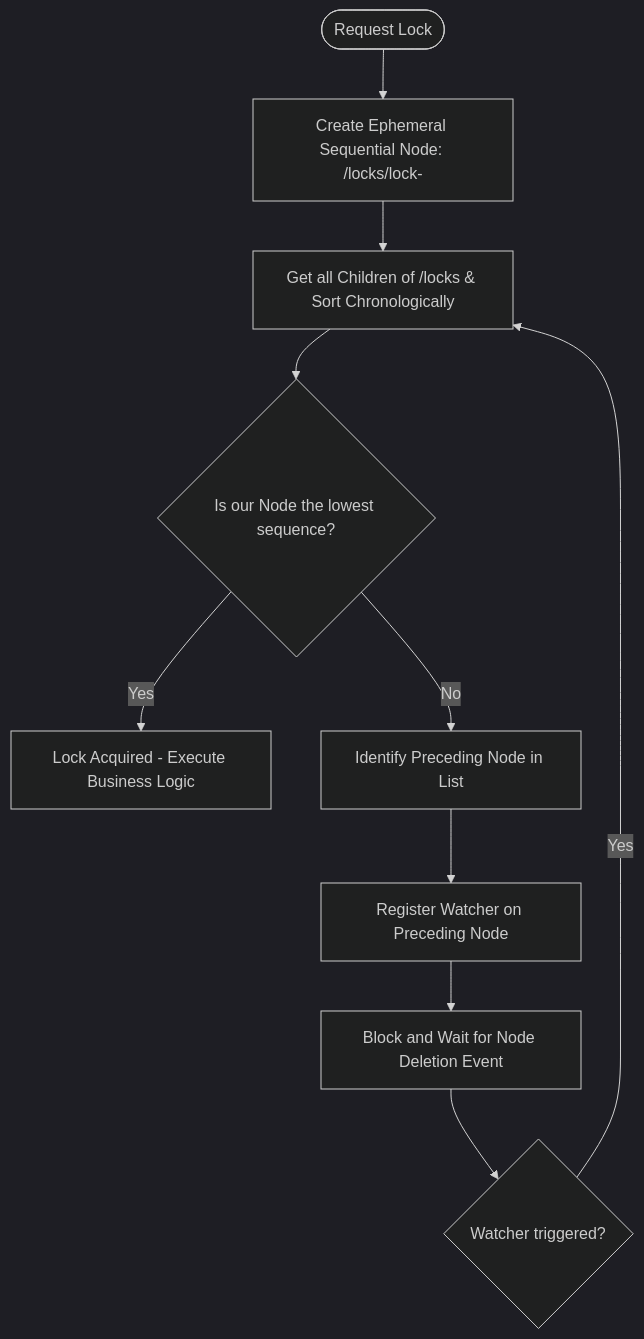
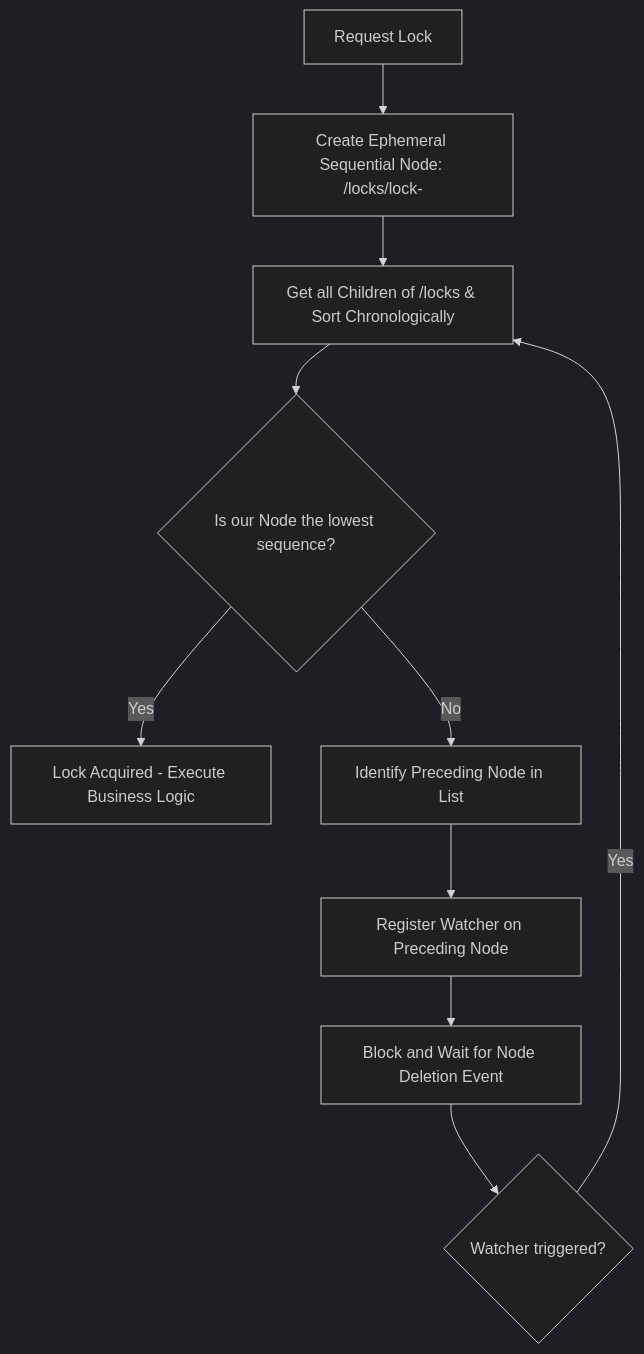
Before and after one commit to vesviet/vesviet: the first of 2 diagrams in content/series/high-concurrency-systems/article_8_distributed_locking.md, drawn with Mermaid (dark theme). The commit also changed other lines of this file and 280 other files, not shown here.

````diff
--- a/content/series/high-concurrency-systems/article_8_distributed_locking.md
+++ b/content/series/high-concurrency-systems/article_8_distributed_locking.md
@@ -72,12 +75,12 @@
 ```mermaid
 flowchart TD
-    Start([Request Lock]) --> CreateNode[Create Ephemeral Sequential Node: /locks/lock-]
-    CreateNode --> GetChildren[Get all Children of /locks & Sort Chronologically]
+    Start["Request Lock"] --> CreateNode["Create Ephemeral Sequential Node: /locks/lock-"]
+    CreateNode --> GetChildren["Get all Children of /locks & Sort Chronologically"]
     GetChildren --> CheckLowest{Is our Node the lowest sequence?}
-    CheckLowest -- Yes --> LockAcquired[Lock Acquired - Execute Business Logic]
-    CheckLowest -- No --> FindPredecessor[Identify Preceding Node in List]
+    CheckLowest -->|"Yes"| LockAcquired[Lock Acquired - Execute Business Logic]
+    CheckLowest -->|"No"| FindPredecessor[Identify Preceding Node in List]
     FindPredecessor --> WatchNode[Register Watcher on Preceding Node]
     WatchNode --> Block[Block and Wait for Node Deletion Event]
     Block --> ReceiveEvent{Watcher triggered?}
-    ReceiveEvent -- Yes --> GetChildren
+    ReceiveEvent -->|"Yes"| GetChildren
 ```
````
